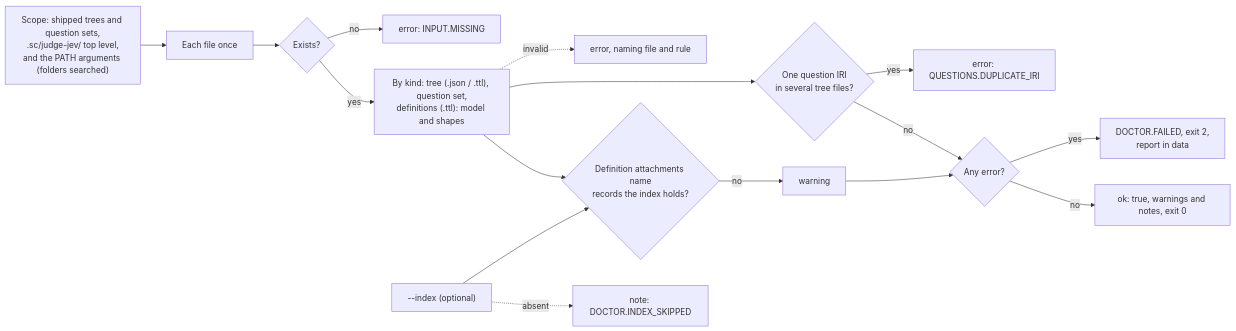
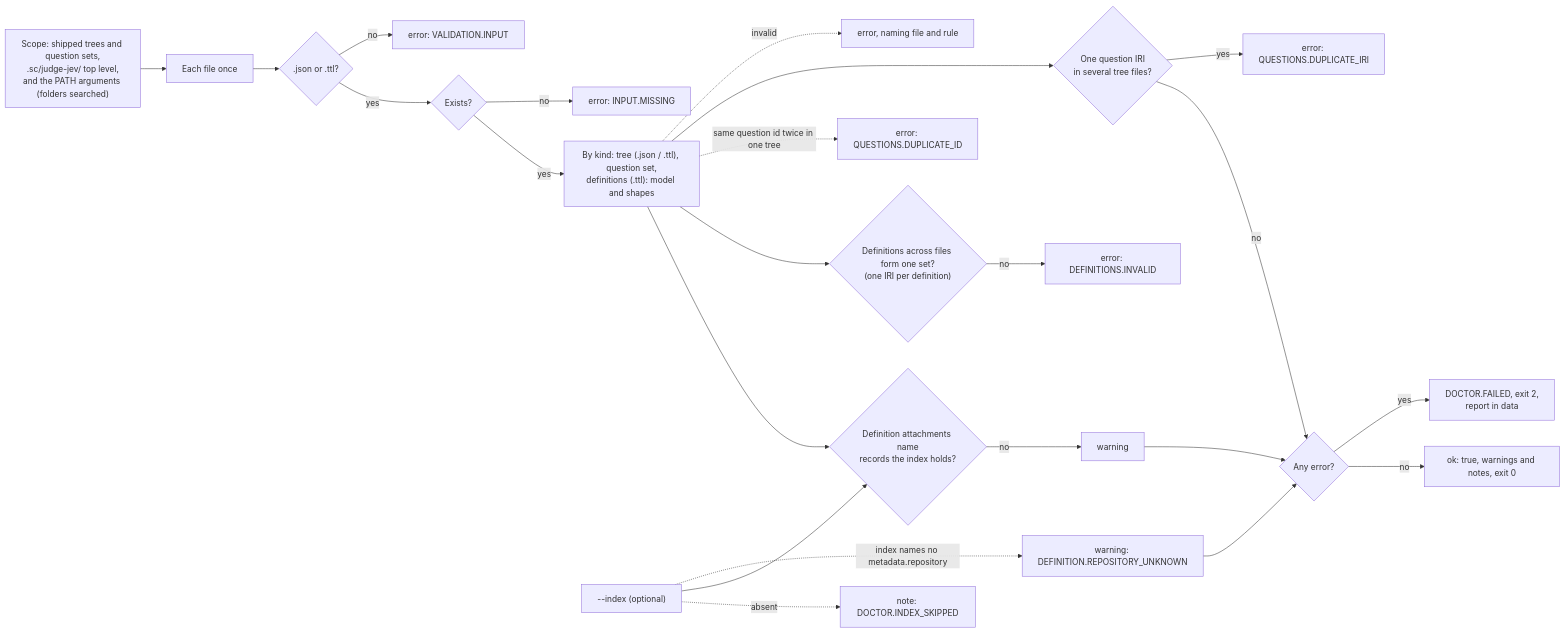
One commit to randlee/judge-jev changed the diagram in docs/diagrams/doctor.md. Above: the diagram before and after it, drawn with Mermaid. The commit also changed 5 other files, not shown here.

First line of the commit message:
docs: diagrams follow the code per jj-quality review of #140

````diff
--- a/docs/diagrams/doctor.md
+++ b/docs/diagrams/doctor.md
@@ -6,18 +6,25 @@
 ```mermaid
 flowchart LR
     S["Scope: shipped trees and question sets,<br/>.sc/judge-jev/ top level,<br/>and the PATH arguments (folders searched)"] --> F["Each file once"]
-    F --> EX{"Exists?"}
+    F --> EXT{".json or .ttl?"}
+    EXT -- no --> ERRV["error: VALIDATION.INPUT"]
+    EXT -- yes --> EX{"Exists?"}
     EX -- no --> ERR["error: INPUT.MISSING"]
     EX -- yes --> K["By kind: tree (.json / .ttl), question set,<br/>definitions (.ttl): model and shapes"]
     K -. invalid .-> ERR2["error, naming file and rule"]
     K --> DUP{"One question IRI<br/>in several tree files?"}
     DUP -- yes --> ERR3["error: QUESTIONS.DUPLICATE_IRI"]
+    K -. "same question id twice in one tree" .-> ERR4["error: QUESTIONS.DUPLICATE_ID"]
+    K --> DS{"Definitions across files form one set?<br/>(one IRI per definition)"}
+    DS -- no --> ERR5["error: DEFINITIONS.INVALID"]
+    IX -. "index names no metadata.repository" .-> W2["warning: DEFINITION.REPOSITORY_UNKNOWN"]
+    W2 --> R
     IX["--index (optional)"] --> AT{"Definition attachments name<br/>records the index holds?"}
     K --> AT
     AT -- no --> W["warning"]
     IX -. absent .-> N["note: DOCTOR.INDEX_SKIPPED"]
     DUP -- no --> R{"Any error?"}
     W --> R
     R -- yes --> FAIL["DOCTOR.FAILED, exit 2,<br/>report in data"]
     R -- no --> OK["ok: true, warnings and notes, exit 0"]
 ```
````
